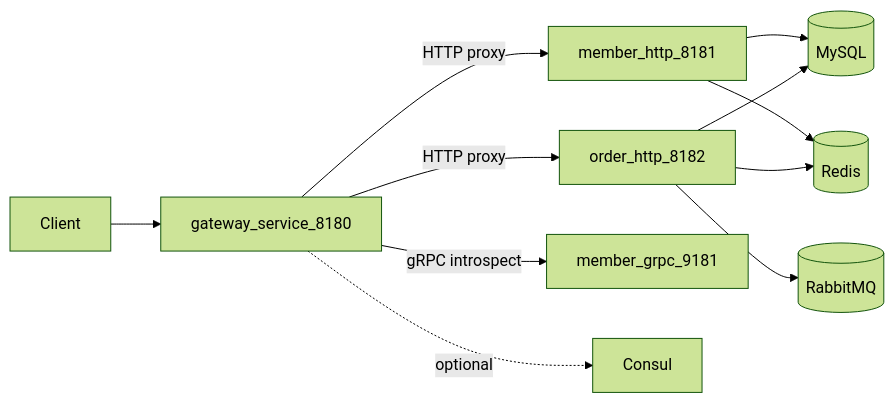
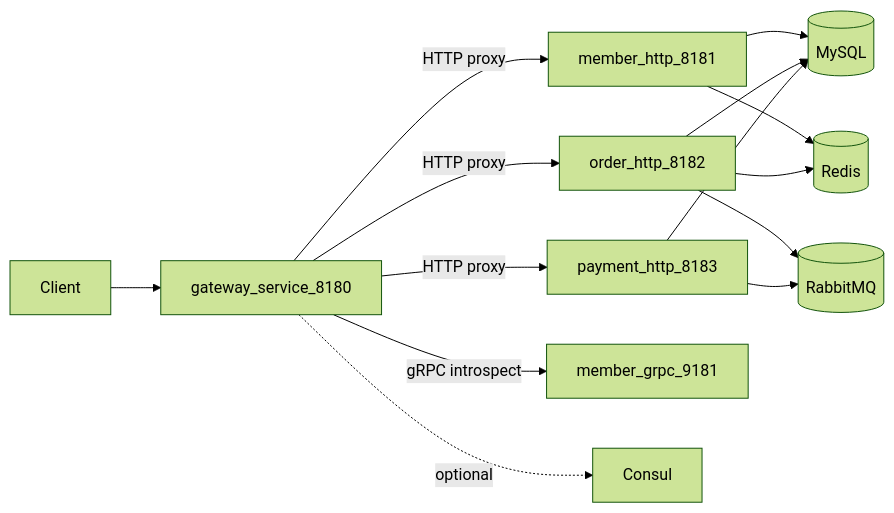
Before and after one commit to justinelock/go-template: the diagram in docs/architecture/README.md, drawn with Mermaid (forest theme). The commit also changed other lines of this file and 81 other files, not shown here.

````diff
--- a/docs/architecture/README.md
+++ b/docs/architecture/README.md
@@ -7,13 +7,16 @@
 ```mermaid
 flowchart LR
   Client --> Gateway[gateway_service_8180]
   Gateway -->|HTTP proxy| MemberHTTP[member_http_8181]
   Gateway -->|HTTP proxy| OrderHTTP[order_http_8182]
+  Gateway -->|HTTP proxy| PaymentHTTP[payment_http_8183]
   Gateway -->|gRPC introspect| MemberGRPC[member_grpc_9181]
   MemberHTTP --> MySQL[(MySQL)]
   MemberHTTP --> Redis[(Redis)]
   OrderHTTP --> MySQL
   OrderHTTP --> Redis
   OrderHTTP --> RabbitMQ[(RabbitMQ)]
+  PaymentHTTP --> MySQL
+  PaymentHTTP --> RabbitMQ
   Gateway -.->|optional| Consul[Consul]
 ```
````
